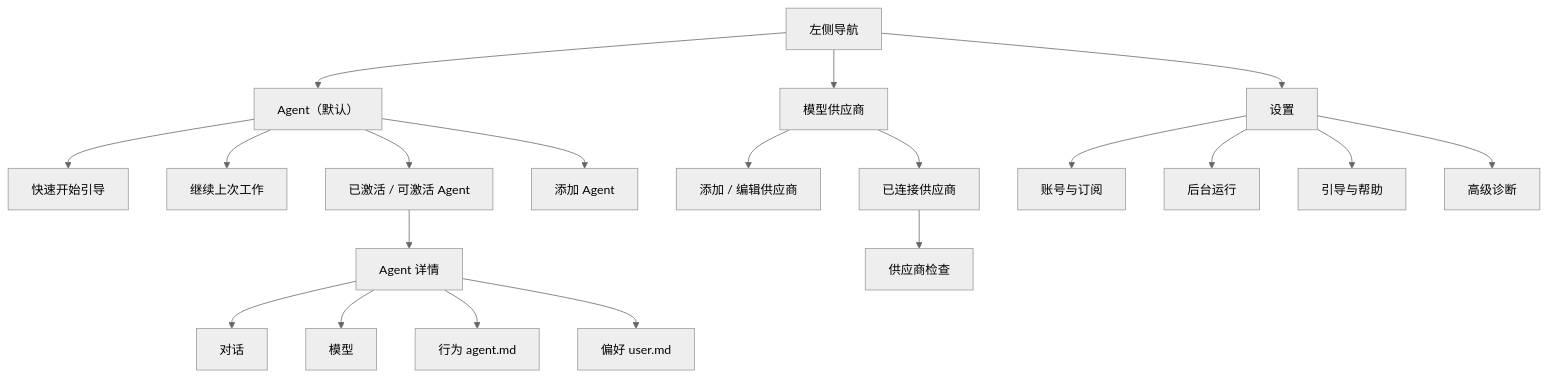
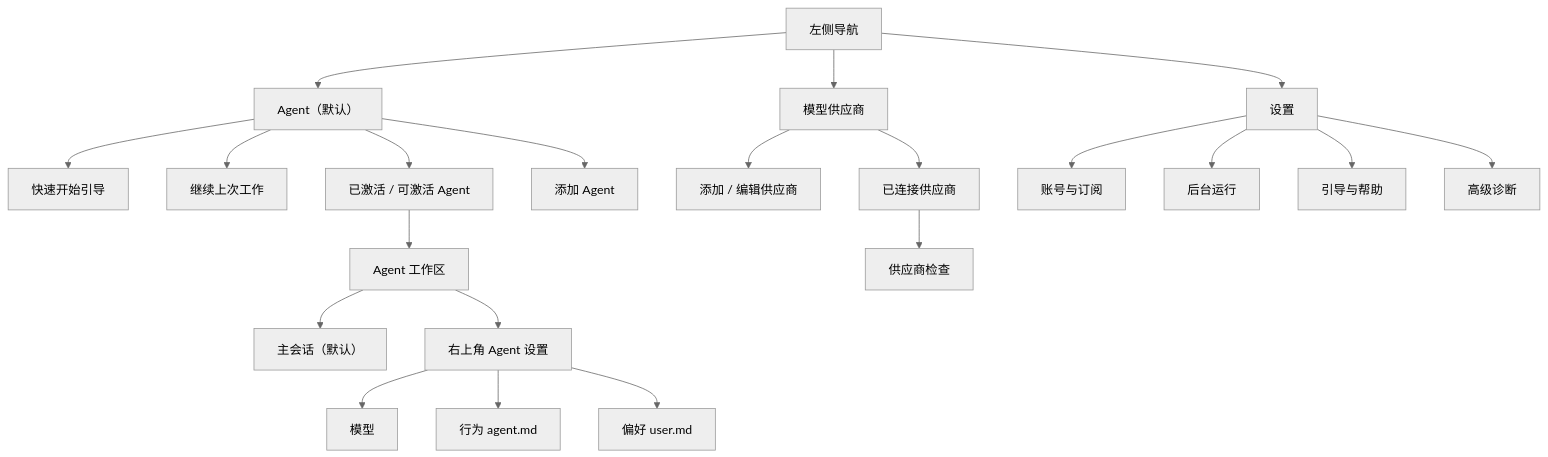
Before and after one commit to jiyangnan/AgentMesh360-Client: the diagram in docs/architecture/CLIENT_INFORMATION_ARCHITECTURE_V1.md, drawn with Mermaid (neutral theme). The commit also changed other lines of this file and 15 other files, not shown here.

Commit message:
feat(desktop): redesign persistent agent workspace

````diff
--- a/docs/architecture/CLIENT_INFORMATION_ARCHITECTURE_V1.md
+++ b/docs/architecture/CLIENT_INFORMATION_ARCHITECTURE_V1.md
@@ -27,25 +27,26 @@
 ```mermaid
 flowchart TD
     NAV["左侧导航"] --> AGENTS["Agent（默认）"]
     NAV --> PROVIDERS["模型供应商"]
     NAV --> SETTINGS["设置"]
 
     AGENTS --> GUIDE["快速开始引导"]
     AGENTS --> RESUME["继续上次工作"]
     AGENTS --> LIST["已激活 / 可激活 Agent"]
     AGENTS --> ADD["添加 Agent"]
-    LIST --> DETAIL["Agent 详情"]
-    DETAIL --> CHAT["对话"]
-    DETAIL --> MODEL["模型"]
-    DETAIL --> AGENT_MD["行为 agent.md"]
-    DETAIL --> USER_MD["偏好 user.md"]
+    LIST --> WORKSPACE["Agent 工作区"]
+    WORKSPACE --> CHAT["主会话（默认）"]
+    WORKSPACE --> GEAR["右上角 Agent 设置"]
+    GEAR --> MODEL["模型"]
+    GEAR --> AGENT_MD["行为 agent.md"]
+    GEAR --> USER_MD["偏好 user.md"]
 
     PROVIDERS --> CONNECT["添加 / 编辑供应商"]
     PROVIDERS --> SAVED["已连接供应商"]
     SAVED --> PROBE["供应商检查"]
 
     SETTINGS --> ACCOUNT["账号与订阅"]
     SETTINGS --> BACKGROUND["后台运行"]
     SETTINGS --> HELP["引导与帮助"]
     SETTINGS --> DIAGNOSTICS["高级诊断"]
 ```
````
